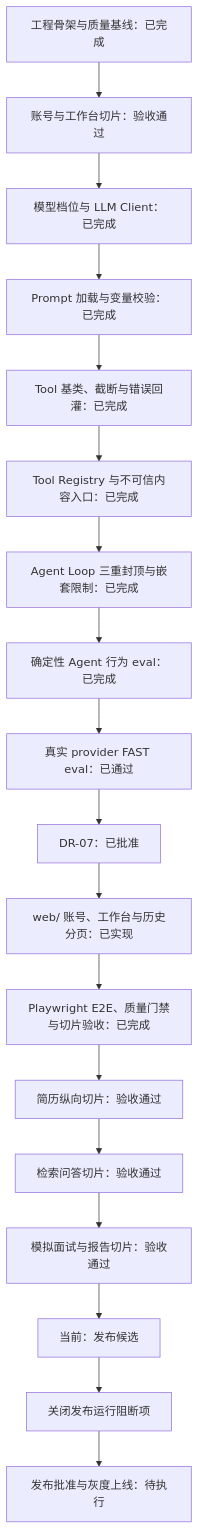
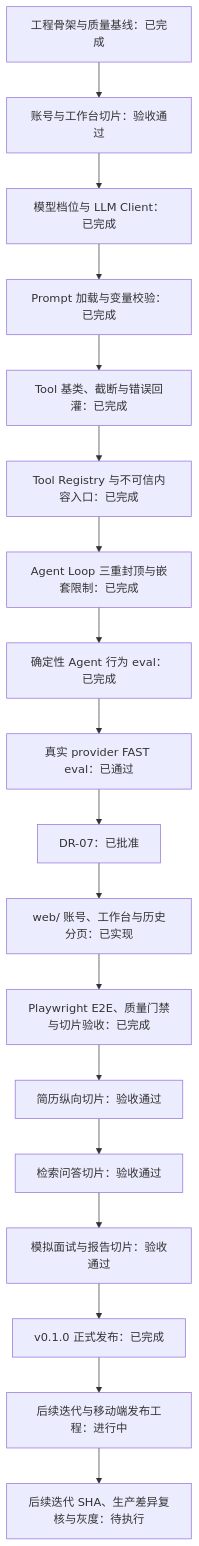
Before and after one commit to Rainloury/technical-interview-agent: the diagram in docs/next-steps.md, drawn with Mermaid. The commit also changed other lines of this file and 10 other files, not shown here.

````diff
--- a/docs/next-steps.md
+++ b/docs/next-steps.md
@@ -64,20 +65,20 @@
 ```mermaid
 flowchart TD
     S0["工程骨架与质量基线：已完成"] --> N0["账号与工作台切片：验收通过"]
     N0 --> N1["模型档位与 LLM Client：已完成"]
     N1 --> N2["Prompt 加载与变量校验：已完成"]
     N2 --> N3["Tool 基类、截断与错误回灌：已完成"]
     N3 --> N4["Tool Registry 与不可信内容入口：已完成"]
     N4 --> N5["Agent Loop 三重封顶与嵌套限制：已完成"]
     N5 --> N6["确定性 Agent 行为 eval：已完成"]
     N6 --> N7["真实 provider FAST eval：已通过"]
     N7 --> N8["DR-07：已批准"]
     N8 --> N9["web/ 账号、工作台与历史分页：已实现"]
     N9 --> N10["Playwright E2E、质量门禁与切片验收：已完成"]
     N10 --> N11["简历纵向切片：验收通过"]
     N11 --> N12["检索问答切片：验收通过"]
     N12 --> N13["模拟面试与报告切片：验收通过"]
-    N13 --> N14["当前：发布候选"]
-    N14 --> N15["关闭发布运行阻断项"]
-    N15 --> N16["发布批准与灰度上线：待执行"]
+    N13 --> N14["v0.1.0 正式发布：已完成"]
+    N14 --> N15["后续迭代与移动端发布工程：进行中"]
+    N15 --> N16["后续迭代 SHA、生产差异复核与灰度：待执行"]
 ```
````
